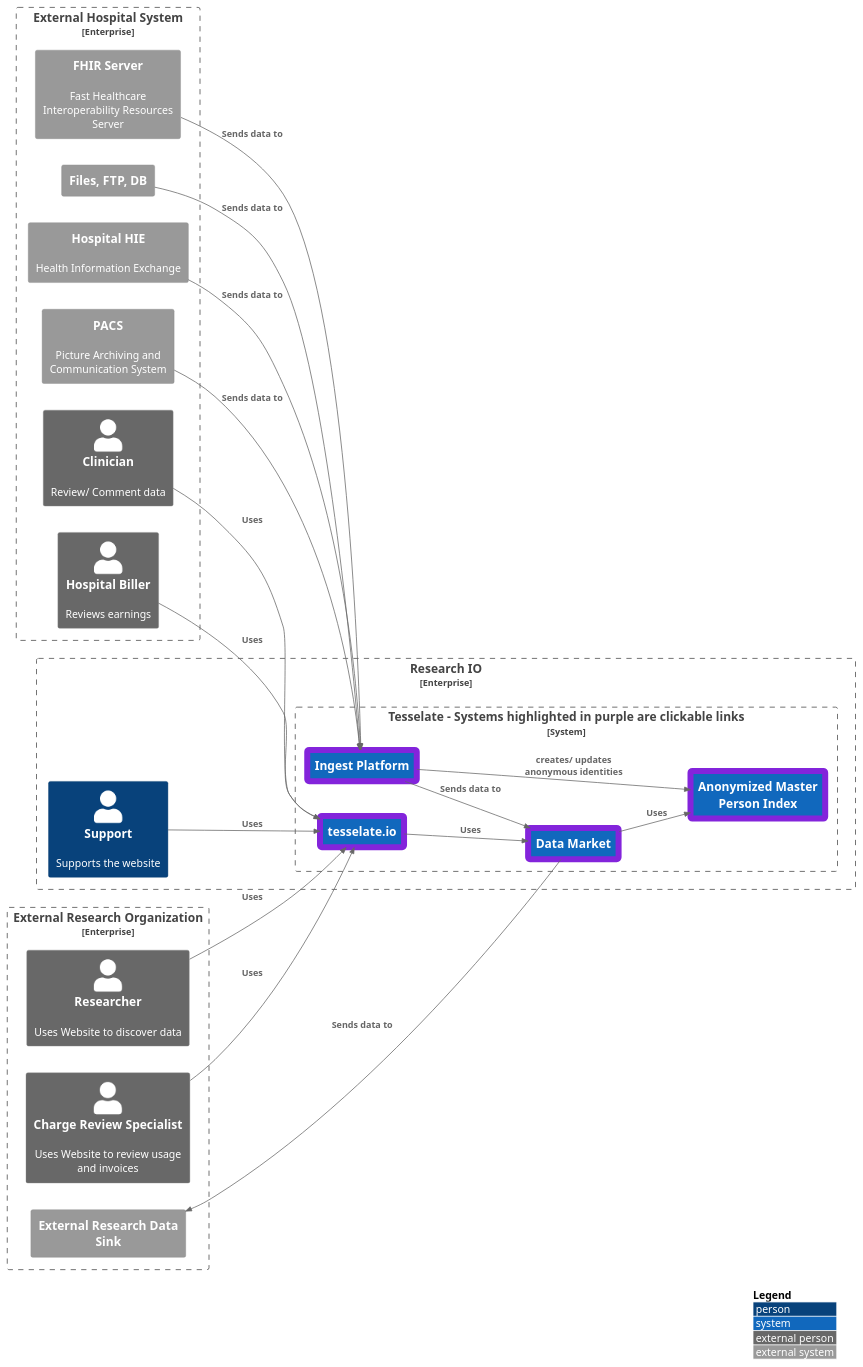
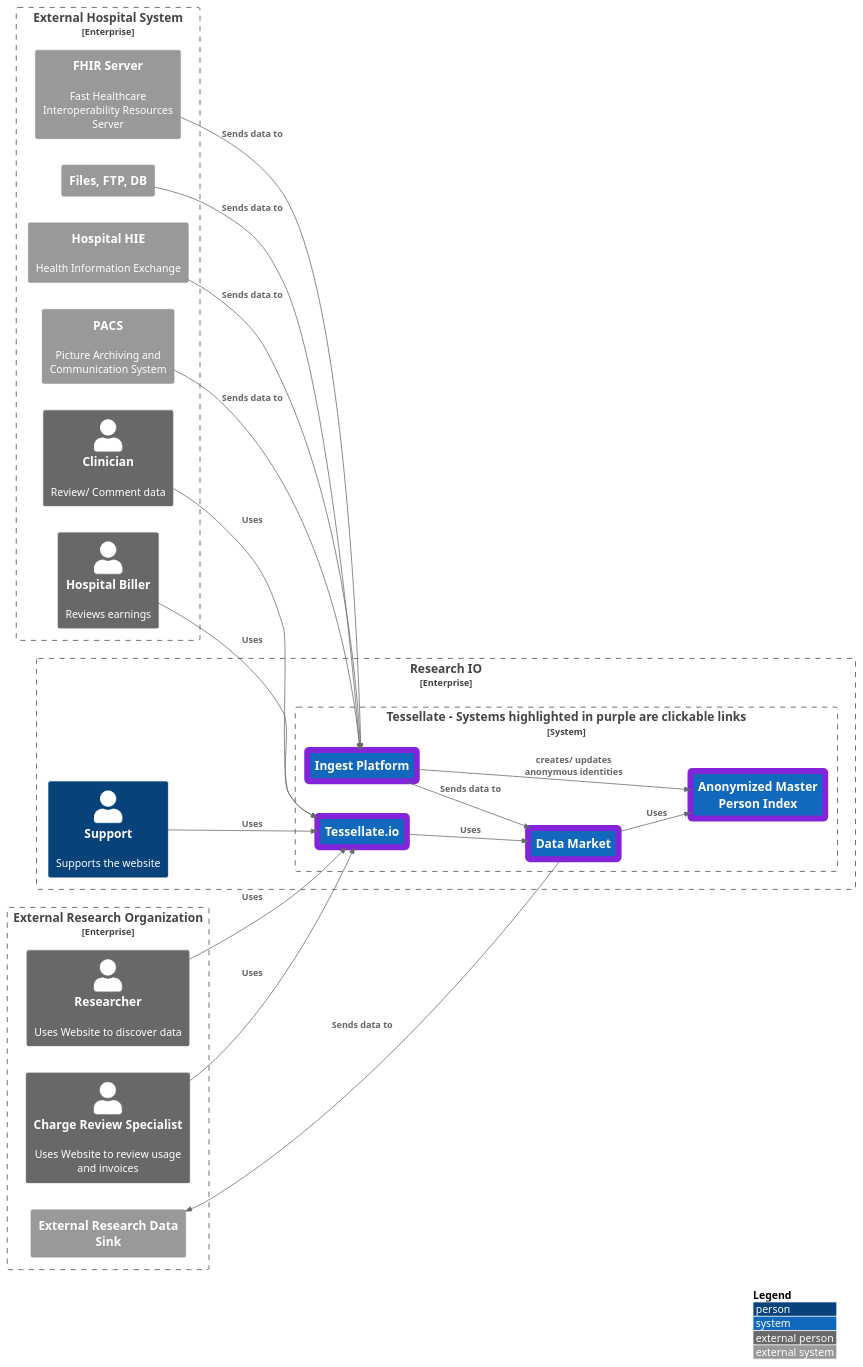
Before and after one commit to migueladelvalle/SE577-684-SP-23-24-final-project: the diagram in ArchitectureModel/ContextDiagram.puml, drawn with PlantUML. The commit also changed 11 other files, not shown here.

Commit message:
added PDF and doc charts with explanations

```diff
--- a/ArchitectureModel/ContextDiagram.puml
+++ b/ArchitectureModel/ContextDiagram.puml
@@ -1,54 +1,54 @@
 @startuml
 !include ./C4_Context.puml
 
 LAYOUT_LEFT_RIGHT()
 LAYOUT_WITH_LEGEND()
 
 
 
 AddElementTag("lowerLevelLink", $borderColor="8324db",$borderThickness="8")
 AddElementTag("higherLevelLink", $borderColor="0fefe9ff",$borderThickness="8")
 
 Enterprise_Boundary(hospital, "External Hospital System"){
     Person_Ext(clinician, "Clinician", "Review/ Comment data")
     Person_Ext(billers, "Hospital Biller","Reviews earnings")
     System_Ext(hie, "Hospital HIE", "Health Information Exchange")
     System_Ext(pacs, "PACS", "Picture Archiving and Communication System")
     System_Ext(fhir, "FHIR Server", "Fast Healthcare Interoperability Resources Server")
     System_Ext(files, "Files, FTP, DB")
 }
 
 Enterprise_Boundary(ResearchIO, "Research IO"){
 
     Person(support, "Support", "Supports the website")
 
-    System_Boundary(tesselate, "Tesselate - Systems highlighted in purple are clickable links"){
+    System_Boundary(Tessellate, "Tessellate - Systems highlighted in purple are clickable links"){
         System(ingestion, "Ingest Platform",$link="./IngestPlatformContainer.puml", $tags="lowerLevelLink")
         System(datamarket, "Data Market",$link="./DataMarketContainer.puml", $tags="lowerLevelLink")
         System(ampi, "Anonymized Master Person Index",$link="./AMPIContainer.puml", $tags="lowerLevelLink")
-        System(website, "tesselate.io",$link="./TesselateIOContainer.puml", $tags="lowerLevelLink")
+        System(website, "Tessellate.io",$link="./TessellateIOContainer.puml", $tags="lowerLevelLink")
     }
 }
 
 Enterprise_Boundary(research, "External Research Organization"){
     Person_Ext(researcher, "Researcher", "Uses Website to discover data")
     Person_Ext(reviewer, "Charge Review Specialist", "Uses Website to review usage and invoices")
     System_Ext(research_db, "External Research Data Sink")
 }
 
 Rel(clinician, website, "Uses")
 Rel(billers, website, "Uses")
 Rel(hie, ingestion, "Sends data to")
 Rel(pacs, ingestion, "Sends data to")
 Rel(fhir, ingestion, "Sends data to")
 Rel(files, ingestion, "Sends data to")
 Rel(ingestion, datamarket, "Sends data to")
 Rel(ingestion, ampi, "creates/ updates anonymous identities")
 Rel(datamarket, ampi, "Uses")
 Rel(website, datamarket, "Uses")
 Rel(researcher, website, "Uses")
 Rel(reviewer, website, "Uses")
 Rel(datamarket, research_db, "Sends data to")
 Rel(support, website, "Uses")
 
 @enduml
```
